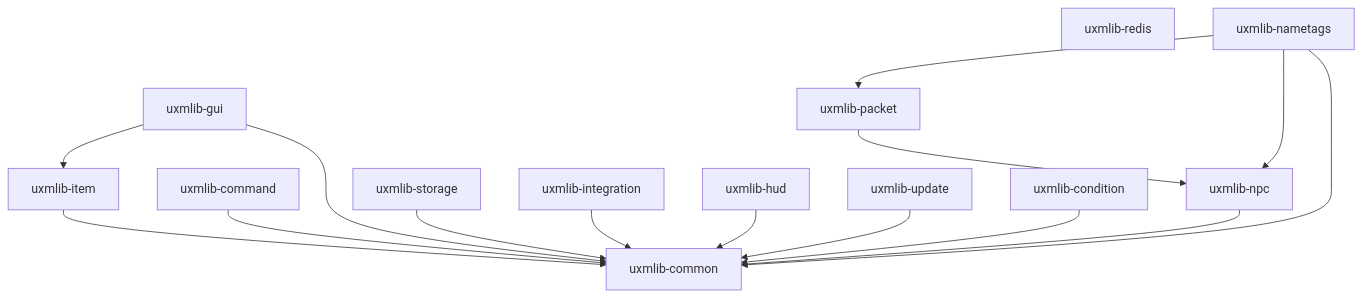
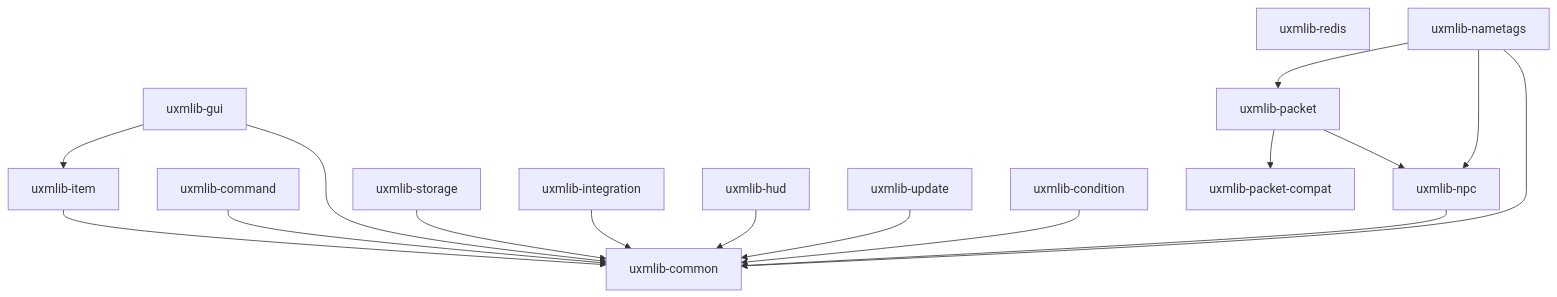
One commit to UXPLIMA/uxm-lib changed the diagram in README.md. Above: the diagram before and after it, drawn with Mermaid. The commit also changed other lines of this file and 23 other files, not shown here.

````diff
--- a/README.md
+++ b/README.md
@@ -116,19 +117,20 @@
 ```mermaid
 graph TD
     common[uxmlib-common]
     item[uxmlib-item] --> common
     command[uxmlib-command] --> common
     gui[uxmlib-gui] --> common
     gui --> item
     storage[uxmlib-storage] --> common
     integration[uxmlib-integration] --> common
     hud[uxmlib-hud] --> common
     update[uxmlib-update] --> common
     condition[uxmlib-condition] --> common
     redis[uxmlib-redis]
     npc[uxmlib-npc] --> common
     packet[uxmlib-packet] --> npc
+    packet --> compat[uxmlib-packet-compat]
     nametags[uxmlib-nametags] --> common
     nametags --> npc
     nametags --> packet
 ```
````
